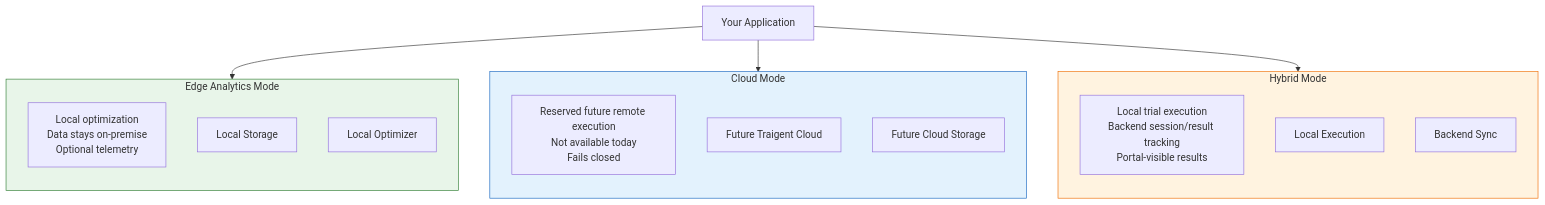
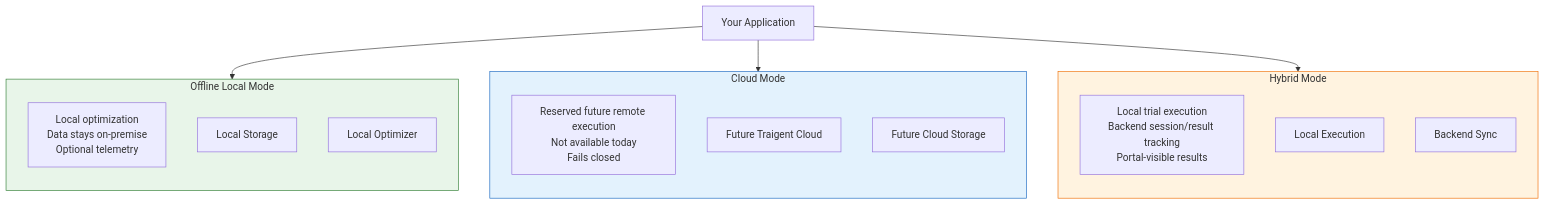
The fourth of 7 diagrams in docs/architecture/ARCHITECTURE.md (Traigent/Traigent), drawn with Mermaid before and after one commit. The commit also changed other lines of this file and 247 other files, not shown here.

````diff
--- a/docs/architecture/ARCHITECTURE.md
+++ b/docs/architecture/ARCHITECTURE.md
@@ -198,31 +197,31 @@
 ```mermaid
 flowchart TB
-    subgraph EdgeAnalytics["Edge Analytics Mode"]
+    subgraph EdgeAnalytics["Offline Local Mode"]
         direction TB
         ea_desc["Local optimization<br/>Data stays on-premise<br/>Optional telemetry"]
         ea_local["Local Storage"]
         ea_opt["Local Optimizer"]
     end
 
     subgraph CloudMode["Cloud Mode"]
         direction TB
         cloud_desc["Reserved future remote execution<br/>Not available today<br/>Fails closed"]
         cloud_backend["Future Traigent Cloud"]
         cloud_storage["Future Cloud Storage"]
     end
 
     subgraph HybridMode["Hybrid Mode"]
         direction TB
         hybrid_desc["Local trial execution<br/>Backend session/result tracking<br/>Portal-visible results"]
         hybrid_local["Local Execution"]
         hybrid_sync["Backend Sync"]
     end
 
     User["Your Application"] --> EdgeAnalytics
     User --> CloudMode
     User --> HybridMode
 
     style EdgeAnalytics fill:#e8f5e9,stroke:#2e7d32
     style CloudMode fill:#e3f2fd,stroke:#1565c0
     style HybridMode fill:#fff3e0,stroke:#ef6c00
 ```
````
